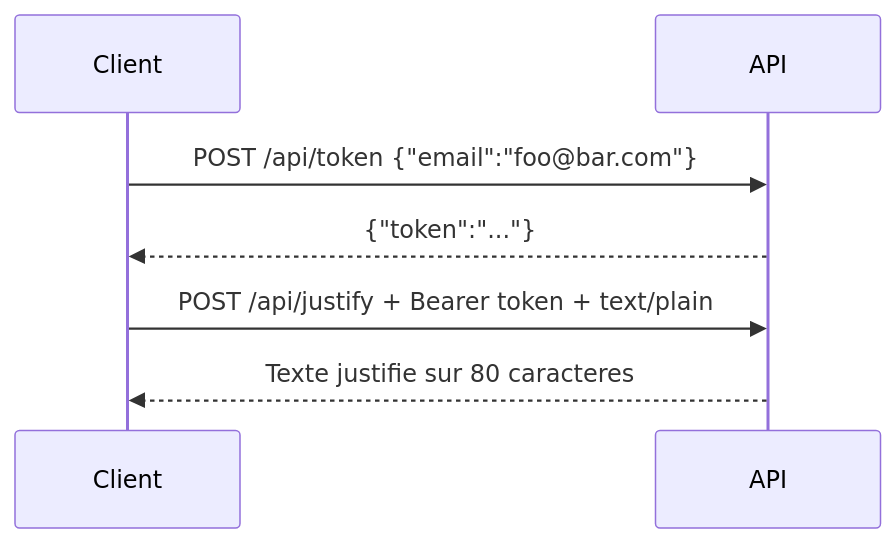
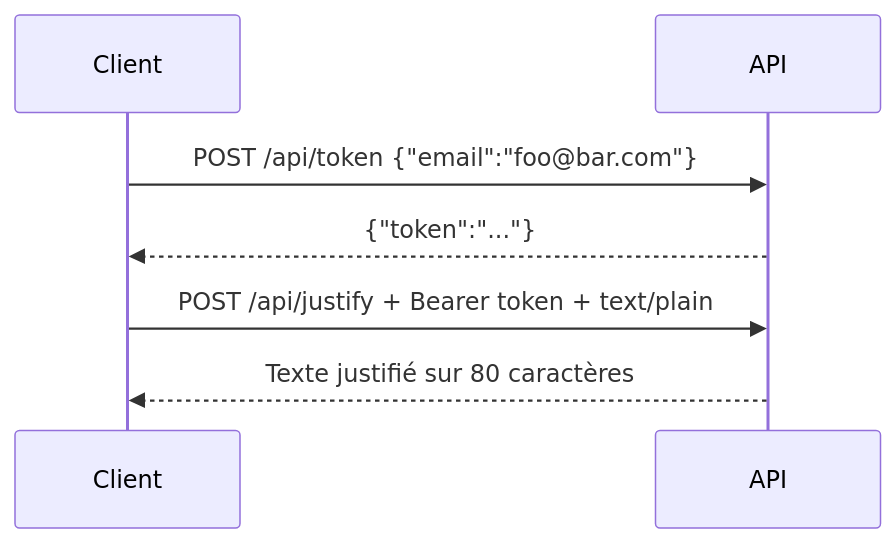
Before and after one commit to aicha-btn/tictactrip-justify-api-ts: the diagram in README.md, drawn with Mermaid. The commit also changed other lines of this file, not shown here.

````diff
--- a/README.md
+++ b/README.md
@@ -26,9 +47,11 @@
 ```mermaid
 sequenceDiagram
   participant Client
   participant API
+
   Client->>API: POST /api/token {"email":"foo@bar.com"}
   API-->>Client: {"token":"..."}
+
   Client->>API: POST /api/justify + Bearer token + text/plain
-  API-->>Client: Texte justifie sur 80 caracteres
+  API-->>Client: Texte justifié sur 80 caractères
 ```
````
